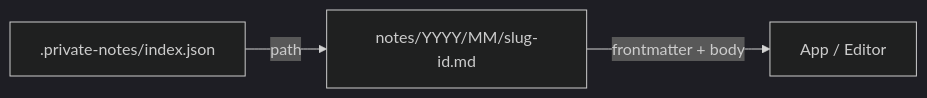
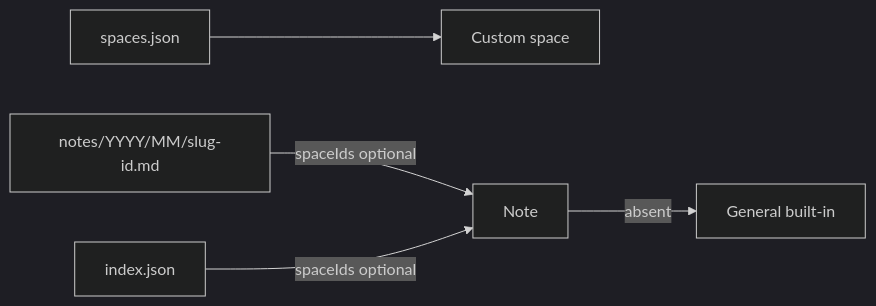
The diagram in docs/adr/002-note-storage-format.md (adrisons/private-notes), drawn with Mermaid (dark theme) before and after one commit. The commit also changed other lines of this file and 68 other files, not shown here.

First line of the commit message:
feat(spaces): implement custom space management for notes

````diff
--- a/docs/adr/002-note-storage-format.md
+++ b/docs/adr/002-note-storage-format.md
@@ -39,7 +53,10 @@
 ```mermaid
 flowchart LR
-  Index[".private-notes/index.json"]
+  SpacesJson["spaces.json"]
+  Index["index.json"]
   NoteFile["notes/YYYY/MM/slug-id.md"]
-  Index -->|path| NoteFile
-  NoteFile -->|frontmatter + body| App[App / Editor]
+  SpacesJson --> CustomSpace["Custom space"]
+  NoteFile -->|spaceIds optional| Note
+  Index -->|spaceIds optional| Note
+  Note -->|absent| General["General built-in"]
 ```
````
